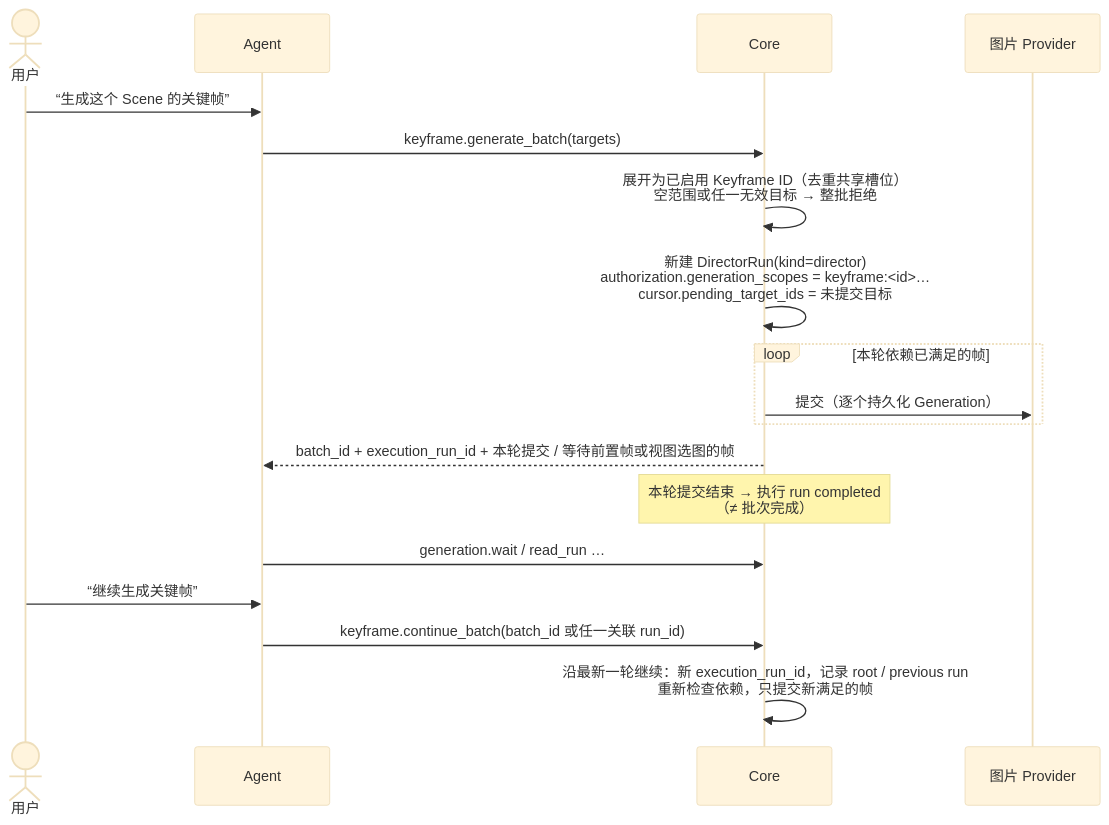
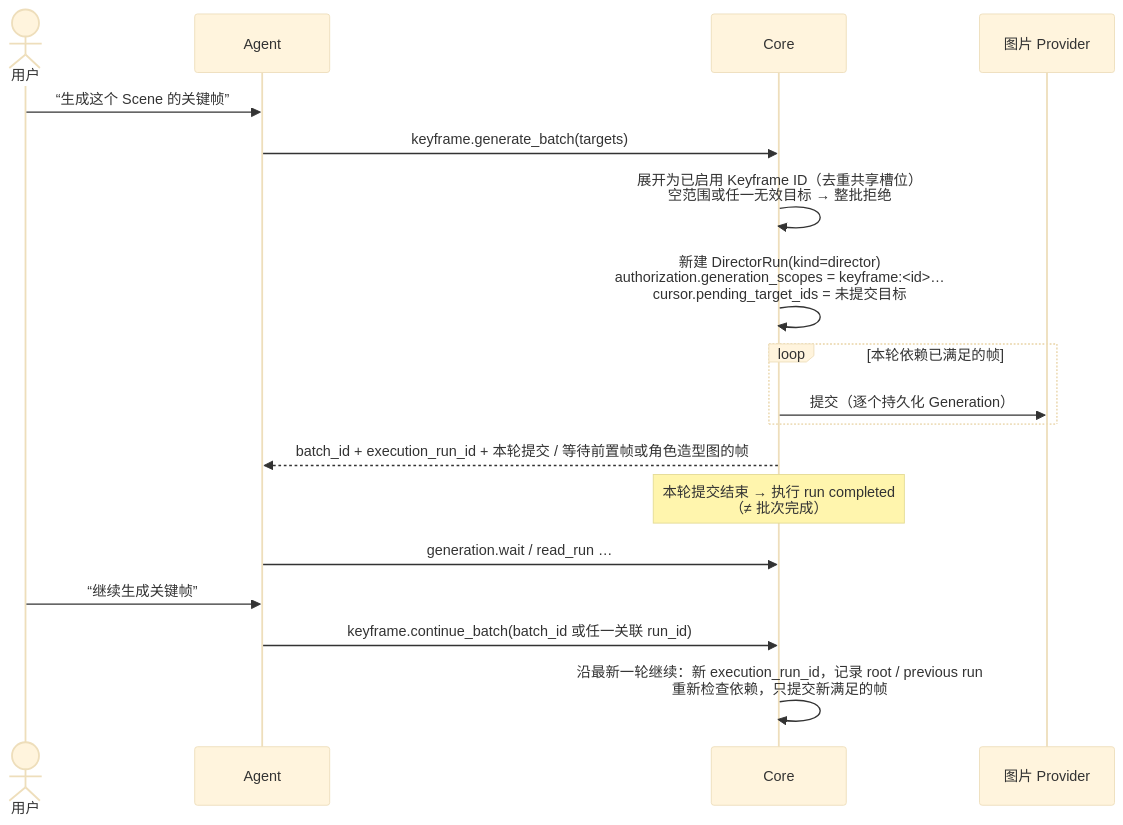
The eighth of 11 diagrams in docs/control-flow.md (LJXLJXLJX/StoryRail), drawn with Mermaid (base theme) before and after one commit. The commit also changed other lines of this file and 173 other files, not shown here.

````diff
--- a/docs/control-flow.md
+++ b/docs/control-flow.md
@@ -271,20 +269,20 @@
 ```mermaid
 sequenceDiagram
     actor U as 用户
     participant A as Agent
     participant C as Core
     participant P as 图片 Provider
     U->>A: “生成这个 Scene 的关键帧”
     A->>C: keyframe.generate_batch(targets)
     C->>C: 展开为已启用 Keyframe ID（去重共享槽位）<br/>空范围或任一无效目标 → 整批拒绝
     C->>C: 新建 DirectorRun(kind=director)<br/>authorization.generation_scopes = keyframe:<id>…<br/>cursor.pending_target_ids = 未提交目标
     loop 本轮依赖已满足的帧
         C->>P: 提交（逐个持久化 Generation）
     end
-    C-->>A: batch_id + execution_run_id + 本轮提交 / 等待前置帧或视图选图的帧
+    C-->>A: batch_id + execution_run_id + 本轮提交 / 等待前置帧或角色造型图的帧
     Note over C: 本轮提交结束 → 执行 run completed<br/>（≠ 批次完成）
     A->>C: generation.wait / read_run …
     U->>A: “继续生成关键帧”
     A->>C: keyframe.continue_batch(batch_id 或任一关联 run_id)
     C->>C: 沿最新一轮继续：新 execution_run_id，记录 root / previous run<br/>重新检查依赖，只提交新满足的帧
 ```
````
